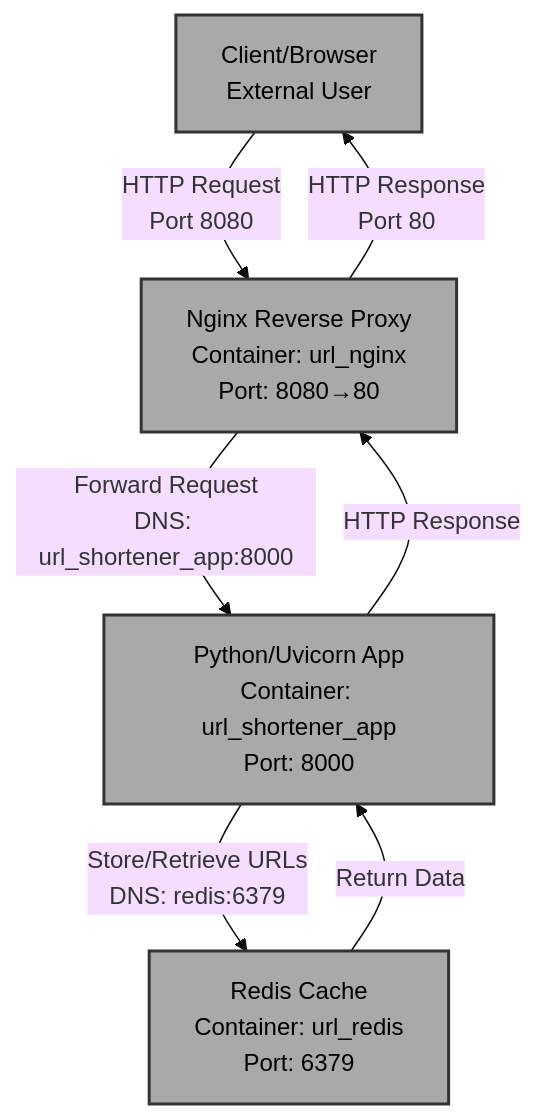
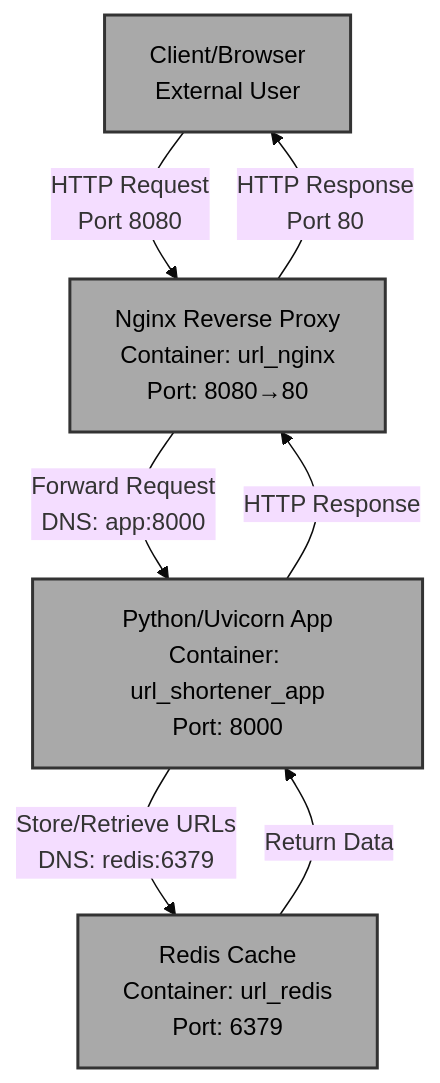
The diagram in README.md (AtomicDoc/CloudLab), drawn with Mermaid (base theme) before and after one commit. The commit also changed other lines of this file, not shown here.

First line of the commit message:
Update README with accurate new sections and fix DNS label

````diff
--- a/README.md
+++ b/README.md
@@ -5,21 +5,21 @@
 ```mermaid
 graph TD
     Client["Client/Browser<br/>External User"]
     
     Client -->|HTTP Request<br/>Port 8080| Nginx["Nginx Reverse Proxy<br/>Container: url_nginx<br/>Port: 8080→80"]
     
-    Nginx -->|Forward Request<br/>DNS: url_shortener_app:8000| App["Python/Uvicorn App<br/>Container: url_shortener_app<br/>Port: 8000"]
+    Nginx -->|Forward Request<br/>DNS: app:8000| App["Python/Uvicorn App<br/>Container: url_shortener_app<br/>Port: 8000"]
     
     App -->|Store/Retrieve URLs<br/>DNS: redis:6379| Redis["Redis Cache<br/>Container: url_redis<br/>Port: 6379"]
     
     Redis -->|Return Data| App
     
     App -->|HTTP Response| Nginx
     
     Nginx -->|HTTP Response<br/>Port 80| Client
     
     style Client fill:#a9a9a9,stroke:#333,stroke-width:2px,color:#000
     style Nginx fill:#a9a9a9,stroke:#333,stroke-width:2px,color:#000
     style App fill:#a9a9a9,stroke:#333,stroke-width:2px,color:#000
     style Redis fill:#a9a9a9,stroke:#333,stroke-width:2px,color:#000
 ```
````
